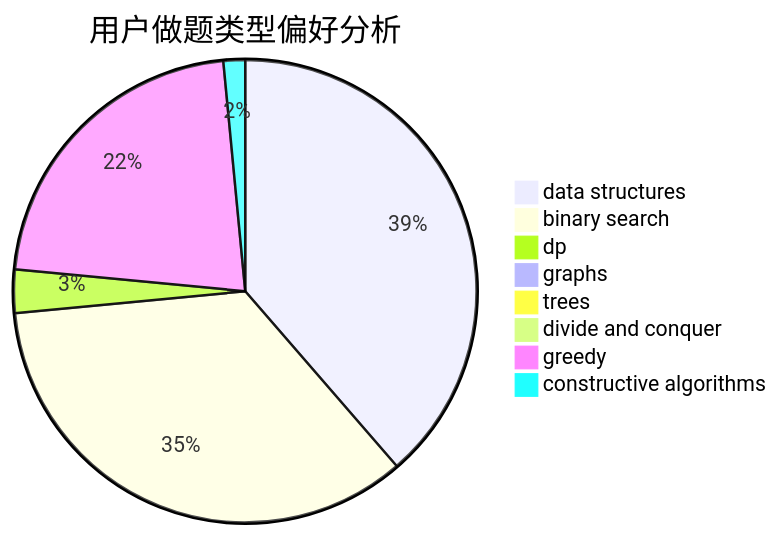
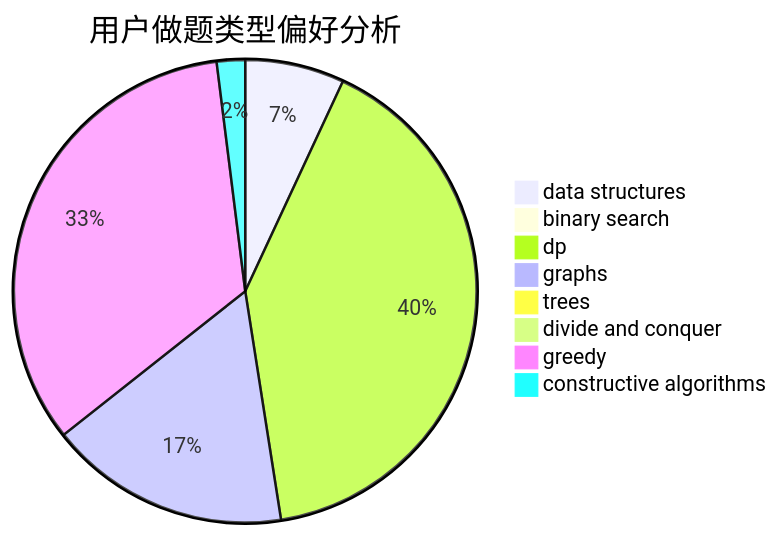
One commit to sherpahu/cfrs.github.io changed the second of 3 diagrams in docs/user/u1925.md. Above: the diagram before and after it, drawn with Mermaid. The commit also changed other lines of this file and 2770 other files, not shown here.

````diff
--- a/docs/user/u1925.md
+++ b/docs/user/u1925.md
@@ -23,11 +23,11 @@
 ```mermaid
 pie title 用户做题类型偏好分析
-    "data structures" :  51
-    "binary search" :  46
-    "dp" :  4
-    "graphs" :  0
+    "data structures" :  7
+    "binary search" :  1
+    "dp" :  41
+    "graphs" :  17
     "trees" :  0
     "divide and conquer" :  0
-    "greedy" :  29
+    "greedy" :  34
     "constructive algorithms" :  2
 ```
````
